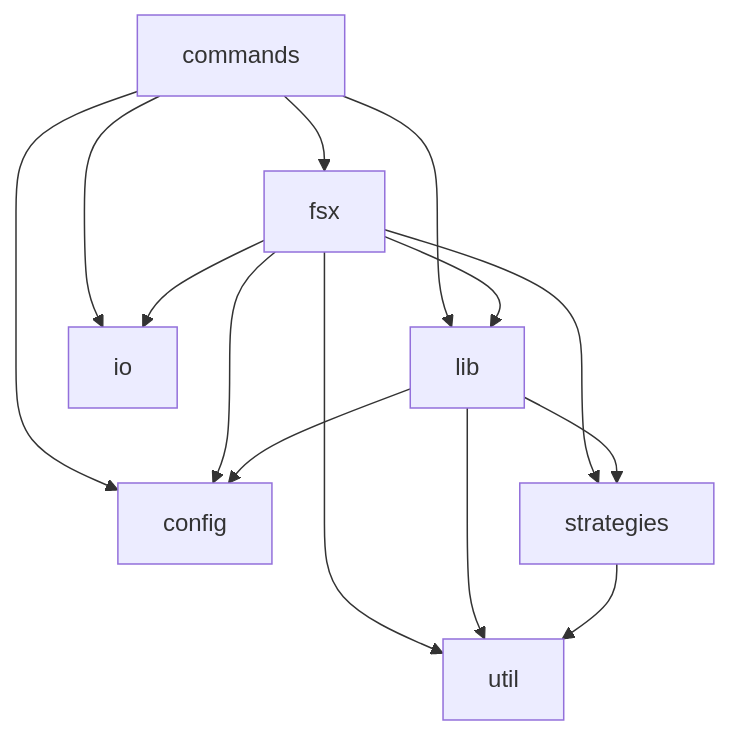
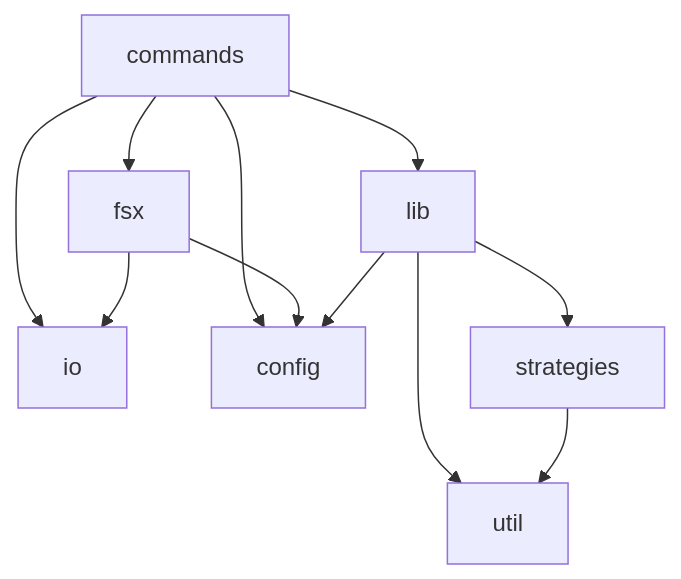
Before and after one commit to mattriley/node-module-indexgen: the diagram in README.md, drawn with Mermaid. The commit also changed 1 other file, not shown here.

Commit message:
Unspecified changes

````diff
--- a/README.md
+++ b/README.md
@@ -101,16 +101,13 @@
 ```mermaid
 graph TD;
     commands-->fsx;
     commands-->lib;
     commands-->io;
     commands-->config;
-    fsx-->lib;
     fsx-->config;
     fsx-->io;
-    fsx-->util;
-    fsx-->strategies;
     lib-->strategies;
     lib-->util;
     lib-->config;
     strategies-->util;
 ```
````
